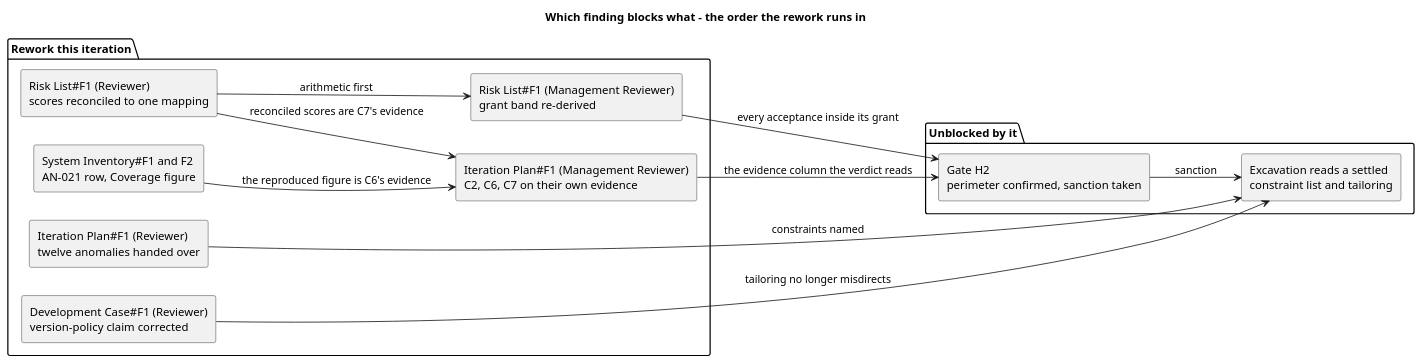
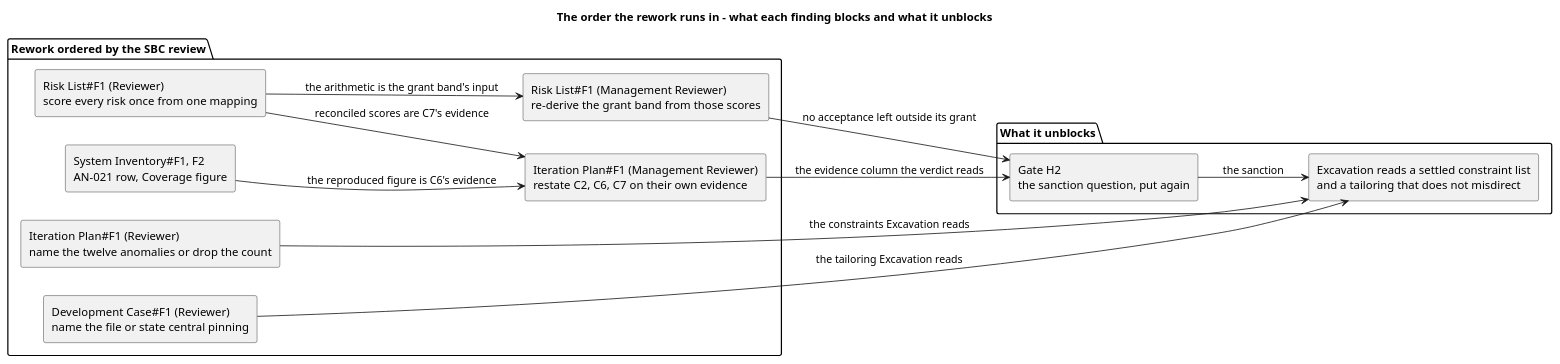
One commit to banense-test/TodoApp changed the third of 4 diagrams in docs/artifacts/project-management/iteration-plan.md. Above: the diagram before and after it, drawn with PlantUML. The commit also changed other lines of this file, not shown here.

Commit message:
Project Manager [Survey2]: upsert Iteration Plan
[skip ci]

````diff
--- a/docs/artifacts/project-management/iteration-plan.md
+++ b/docs/artifacts/project-management/iteration-plan.md
@@ -165,32 +165,32 @@
 ```plantuml
 @startuml
-title Which finding blocks what - the order the rework runs in
+title The order the rework runs in - what each finding blocks and what it unblocks
 
 skinparam shadowing false
 left to right direction
 skinparam componentStyle rectangle
 
-package "Rework this iteration" {
-  component "Risk List#F1 (Reviewer)\nscores reconciled to one mapping" as RL1
-  component "Risk List#F1 (Management Reviewer)\ngrant band re-derived" as RL2
-  component "Iteration Plan#F1 (Management Reviewer)\nC2, C6, C7 on their own evidence" as IP1
-  component "Iteration Plan#F1 (Reviewer)\ntwelve anomalies handed over" as IP2
-  component "Development Case#F1 (Reviewer)\nversion-policy claim corrected" as DC1
-  component "System Inventory#F1 and F2\nAN-021 row, Coverage figure" as SI1
+package "Rework ordered by the SBC review" {
+  component "Risk List#F1 (Reviewer)\nscore every risk once from one mapping" as RL1
+  component "Risk List#F1 (Management Reviewer)\nre-derive the grant band from those scores" as RL2
+  component "Iteration Plan#F1 (Management Reviewer)\nrestate C2, C6, C7 on their own evidence" as IP1
+  component "Iteration Plan#F1 (Reviewer)\nname the twelve anomalies or drop the count" as IP2
+  component "Development Case#F1 (Reviewer)\nname the file or state central pinning" as DC1
+  component "System Inventory#F1, F2\nAN-021 row, Coverage figure" as SI1
 }
 
-package "Unblocked by it" {
-  component "Gate H2\nperimeter confirmed, sanction taken" as H2
-  component "Excavation reads a settled\nconstraint list and tailoring" as EX
+package "What it unblocks" {
+  component "Gate H2\nthe sanction question, put again" as H2
+  component "Excavation reads a settled constraint list\nand a tailoring that does not misdirect" as EX
 }
 
-RL1 --> RL2 : arithmetic first
+RL1 --> RL2 : the arithmetic is the grant band's input
 RL1 --> IP1 : reconciled scores are C7's evidence
 SI1 --> IP1 : the reproduced figure is C6's evidence
-IP2 --> EX : constraints named
-DC1 --> EX : tailoring no longer misdirects
-RL2 --> H2 : every acceptance inside its grant
+IP2 --> EX : the constraints Excavation reads
+DC1 --> EX : the tailoring Excavation reads
+RL2 --> H2 : no acceptance left outside its grant
 IP1 --> H2 : the evidence column the verdict reads
-H2 --> EX : sanction
+H2 --> EX : the sanction
 @enduml
 ```
````
